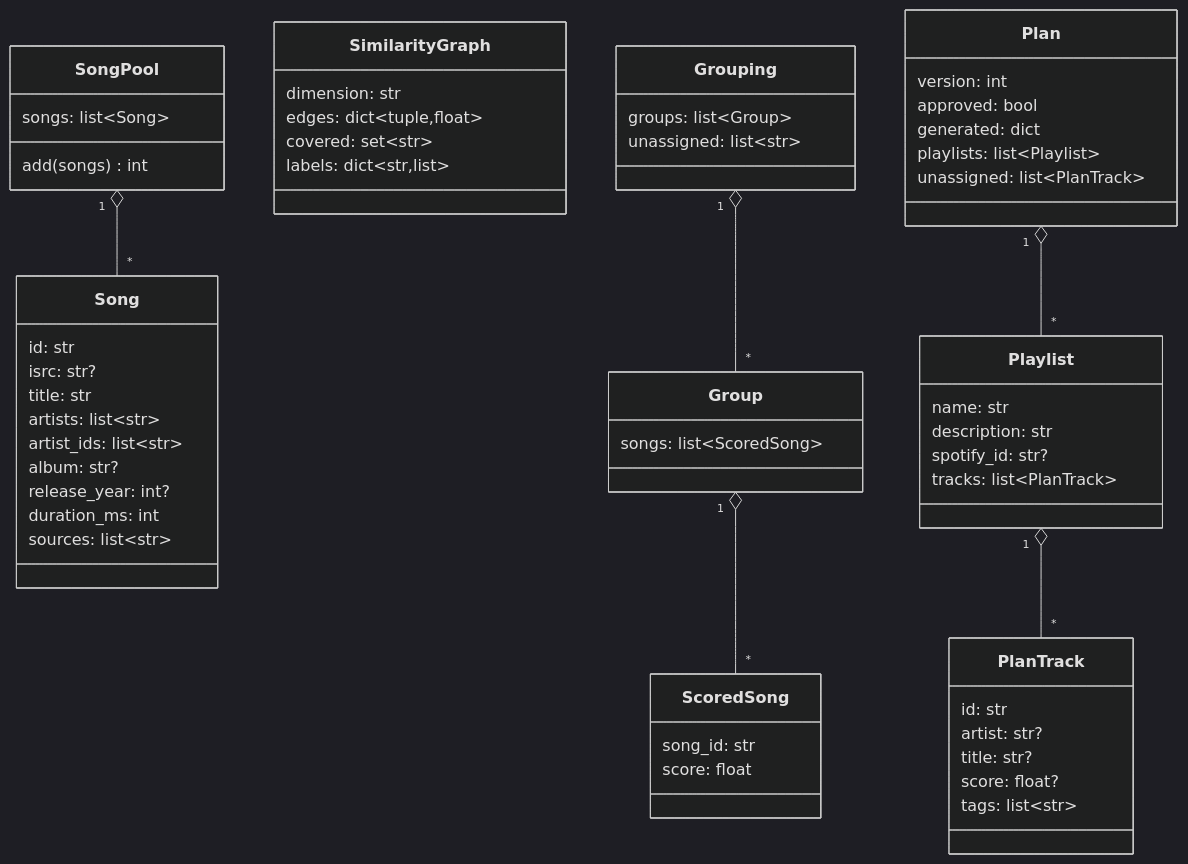
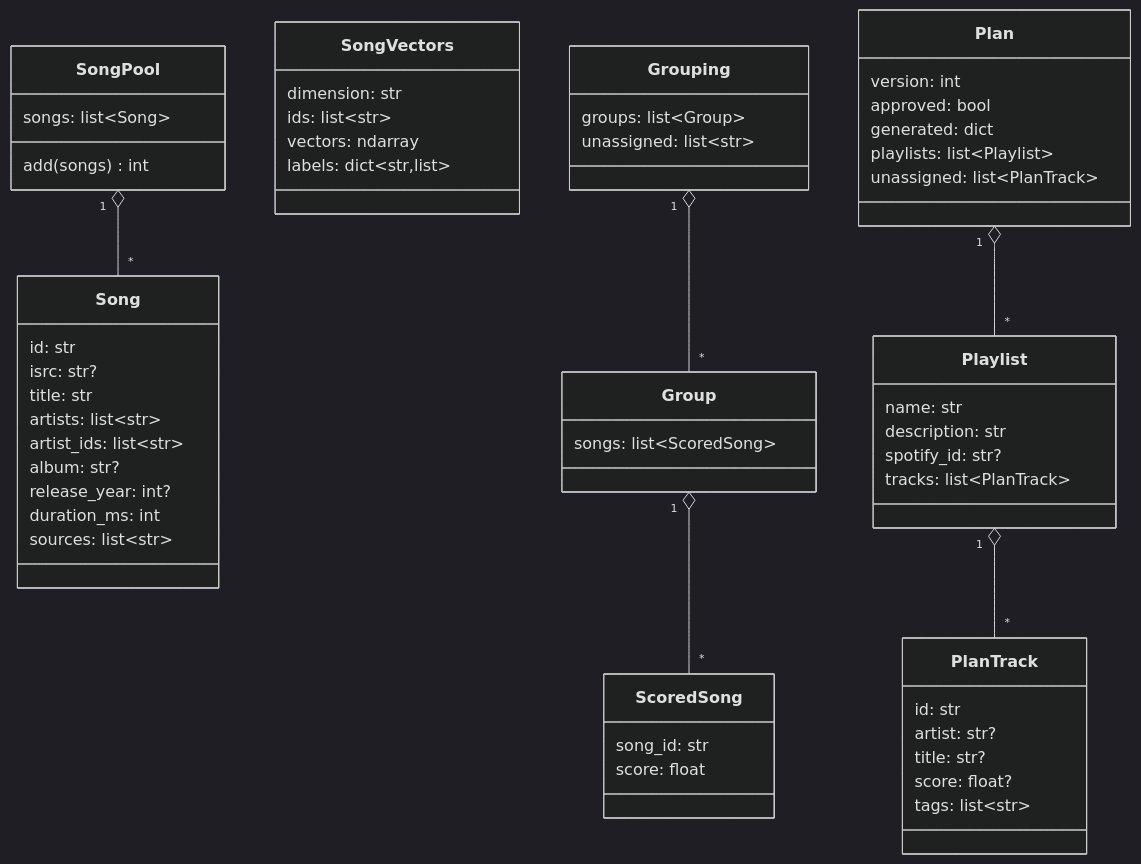
Before and after one commit to janthoXO/MixMansion: the second of 3 diagrams in README_DEV.md, drawn with Mermaid (dark theme). The commit also changed other lines of this file and 16 other files, not shown here.

````diff
--- a/README_DEV.md
+++ b/README_DEV.md
@@ -73,60 +73,60 @@
 ```mermaid
 classDiagram
     class Song {
         id: str
         isrc: str?
         title: str
         artists: list~str~
         artist_ids: list~str~
         album: str?
         release_year: int?
         duration_ms: int
         sources: list~str~
     }
     class SongPool {
         songs: list~Song~
         add(songs) int
     }
-    class SimilarityGraph {
+    class SongVectors {
         dimension: str
-        edges: dict~tuple,float~
-        covered: set~str~
+        ids: list~str~
+        vectors: ndarray
         labels: dict~str,list~
     }
     class Grouping {
         groups: list~Group~
         unassigned: list~str~
     }
     class Group {
         songs: list~ScoredSong~
     }
     class ScoredSong {
         song_id: str
         score: float
     }
     class Plan {
         version: int
         approved: bool
         generated: dict
         playlists: list~Playlist~
         unassigned: list~PlanTrack~
     }
     class Playlist {
         name: str
         description: str
         spotify_id: str?
         tracks: list~PlanTrack~
     }
     class PlanTrack {
         id: str
         artist: str?
         title: str?
         score: float?
         tags: list~str~
     }
     SongPool "1" o-- "*" Song
     Grouping "1" o-- "*" Group
     Group "1" o-- "*" ScoredSong
     Plan "1" o-- "*" Playlist
     Playlist "1" o-- "*" PlanTrack
 ```
````
